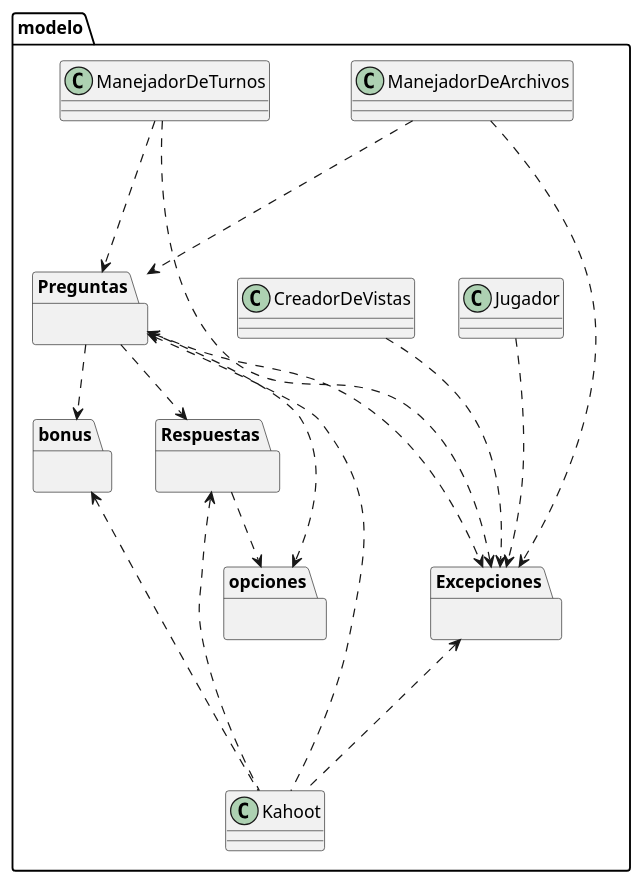
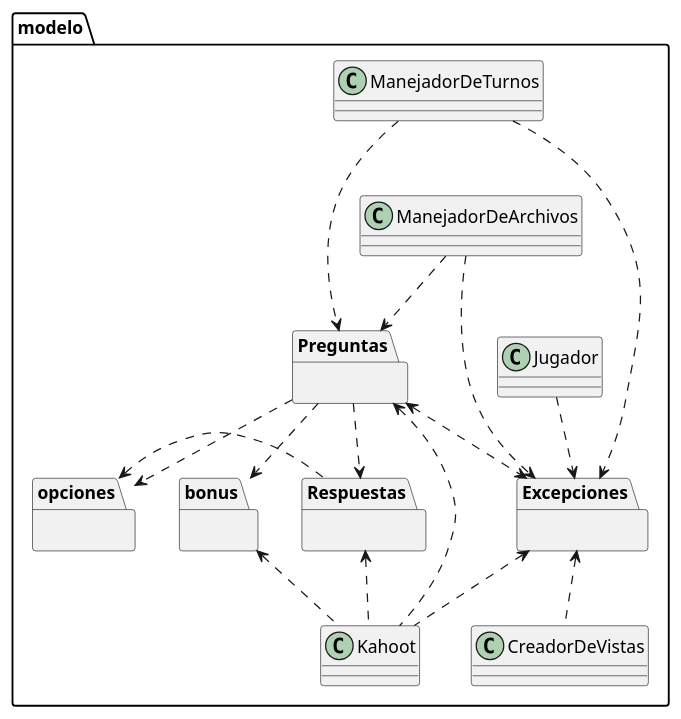
The diagram in Diagramas/DDP-Modelo.puml (Tomymanoukian/AyPIII_TP2), drawn with PlantUML before and after one commit. The commit also changed other lines of this file, not shown here.

Commit message:
Corrijo el diagrama

```diff
--- a/Diagramas/DDP-Modelo.puml
+++ b/Diagramas/DDP-Modelo.puml
@@ -1,47 +1,48 @@
 @startuml
 
 package "modelo" {
-
-    package "bonus"{
-    }
 
     package "Excepciones"{
     }
 
     package "Preguntas"{
     }
 
     package "opciones"{
     }
 
+    package "Respuestas"{
+    }
 
-    package "Respuestas"{
+    package "bonus"{
     }
 
     Class CreadorDeVistas
     Class Jugador
     Class Kahoot
     Class ManejadorDeArchivos
     Class ManejadorDeTurnos
-
-
 }
 
-Preguntas ..> bonus
-Preguntas <...> Excepciones
 Preguntas ..> opciones
 Preguntas ..> Respuestas
-Respuestas ..> opciones
-CreadorDeVistas ...> Excepciones
-Jugador ...> Excepciones
+Preguntas ..> bonus
 
-bonus <... Kahoot
-Respuestas <... Kahoot
-Preguntas <... Kahoot
-Excepciones <... Kahoot
+Preguntas <..> Excepciones
+opciones <. Respuestas
+
+Excepciones <.. CreadorDeVistas
+Jugador ..> Excepciones
+
+bonus <.. Kahoot
+Respuestas <.. Kahoot
+Preguntas <.. Kahoot
+Excepciones <.. Kahoot
+
 ManejadorDeTurnos ...> Excepciones
 ManejadorDeTurnos ...> Preguntas
-ManejadorDeArchivos ...> Preguntas
-ManejadorDeArchivos ...>Excepciones
+
+ManejadorDeArchivos ..>Excepciones
+ManejadorDeArchivos ..> Preguntas
 
 @enduml
```
